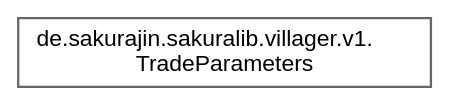
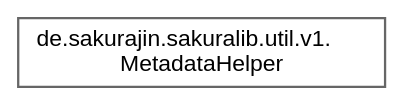
The diagram in inherit_graph_28.dot (noah1510/sakura-lib), drawn with Graphviz before and after one commit. The commit also changed 186 other files, not shown here.

```diff
--- a/inherit_graph_28.dot
+++ b/inherit_graph_28.dot
@@ -1,9 +1,9 @@
 digraph "Graphical Class Hierarchy"
 {
  // LATEX_PDF_SIZE
   bgcolor="transparent";
   edge [fontname=Helvetica,fontsize=10,labelfontname=Helvetica,labelfontsize=10];
   node [fontname=Helvetica,fontsize=10,shape=box,height=0.2,width=0.4];
   rankdir="LR";
-  Node0 [label="de.sakurajin.sakuralib.villager.v1.\lTradeParameters",height=0.2,width=0.4,color="grey40", fillcolor="white", style="filled",URL="$classde_1_1sakurajin_1_1sakuralib_1_1villager_1_1v1_1_1TradeParameters.html",tooltip="A class to represent the parameters for an individual trade."];
+  Node0 [label="de.sakurajin.sakuralib.util.v1.\lMetadataHelper",height=0.2,width=0.4,color="grey40", fillcolor="white", style="filled",URL="$classde_1_1sakurajin_1_1sakuralib_1_1util_1_1v1_1_1MetadataHelper.html",tooltip=" "];
 }
```
